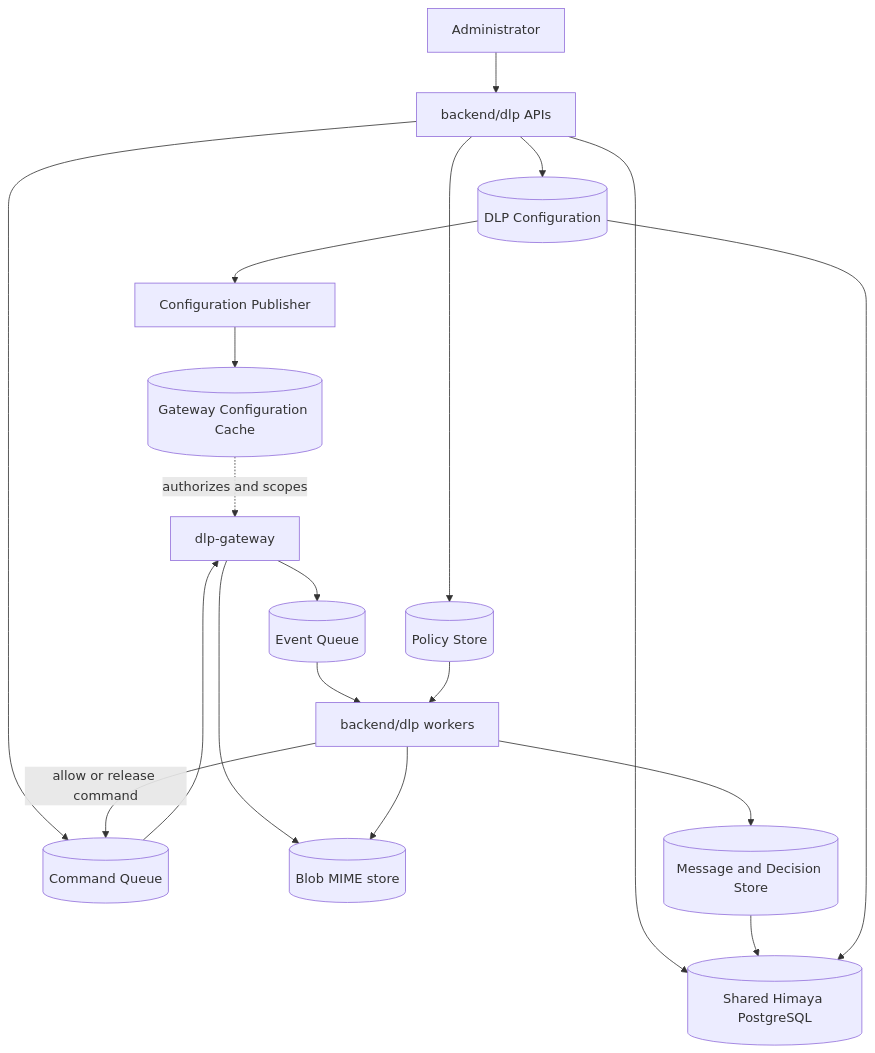
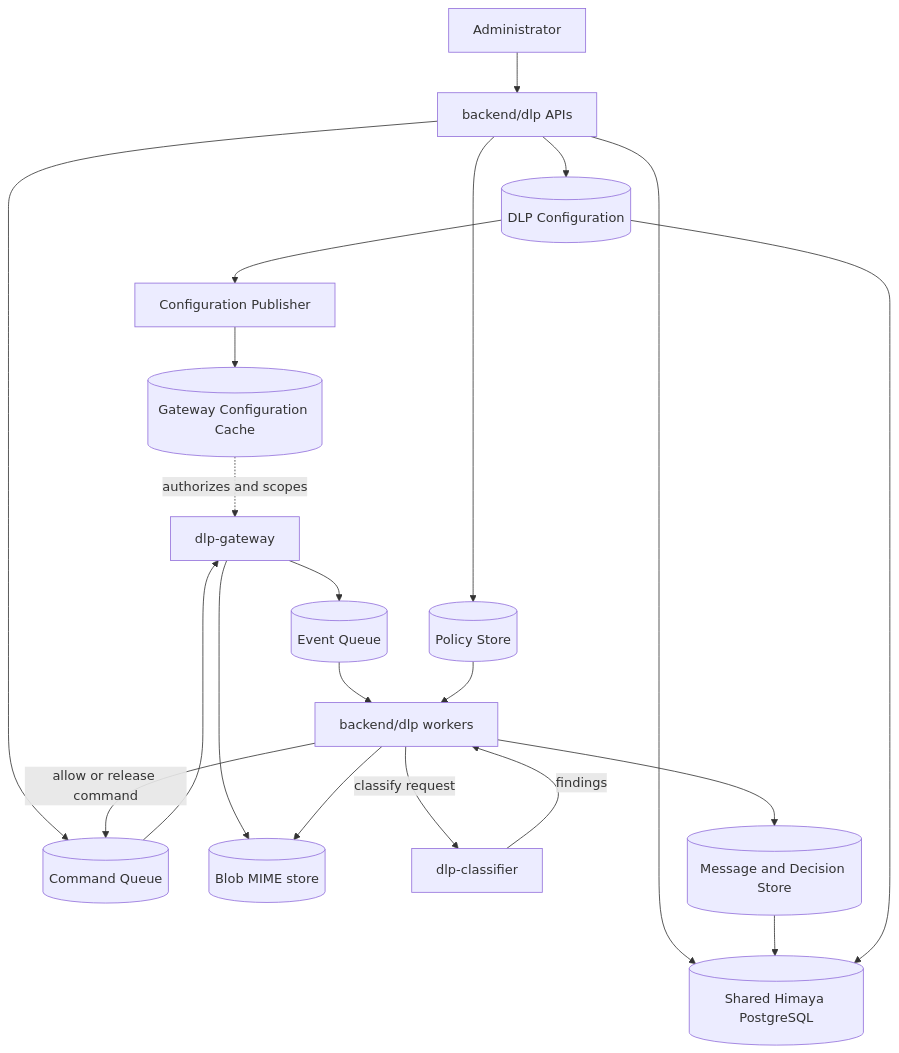
One commit to Himaya-AI/himaya-prod-azure changed the third of 4 diagrams in docs/DLP_BACKEND_IMPLEMENTATION_ROADMAP.md. Above: the diagram before and after it, drawn with Mermaid. The commit also changed other lines of this file and 2 other files, not shown here.

````diff
--- a/docs/DLP_BACKEND_IMPLEMENTATION_ROADMAP.md
+++ b/docs/DLP_BACKEND_IMPLEMENTATION_ROADMAP.md
@@ -241,24 +241,26 @@
 ```mermaid
 flowchart TD
     Admin[Administrator] --> API[backend/dlp APIs]
     API --> Config[(DLP Configuration)]
     API --> Commands[(Command Queue)]
     API --> Policies[(Policy Store)]
 
     Config --> Publisher[Configuration Publisher]
     Publisher --> Cache[(Gateway Configuration Cache)]
 
     Gateway[dlp-gateway] --> MIME[(Blob MIME store)]
     Gateway --> Events[(Event Queue)]
     Events --> AppWorkers[backend/dlp workers]
+    AppWorkers -->|classify request| Classifier[dlp-classifier]
+    Classifier -->|findings| AppWorkers
     AppWorkers --> Decisions[(Message and Decision Store)]
     AppWorkers -->|allow or release command| Commands
     Commands --> Gateway
 
     Policies --> AppWorkers
     Cache -. authorizes and scopes .-> Gateway
     API --> PG[(Shared Himaya PostgreSQL)]
     Decisions --> PG
     Config --> PG
     AppWorkers --> MIME
 ```
````
